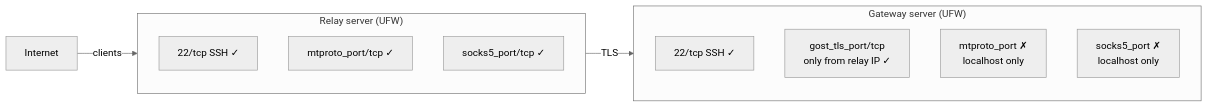
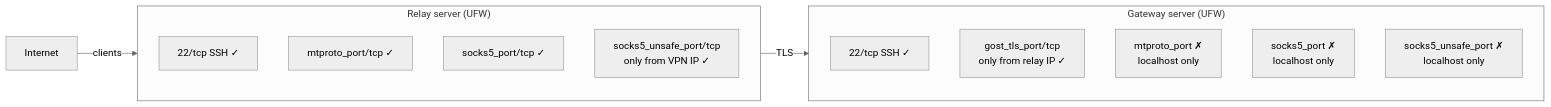
The third of 3 diagrams in README.md (octomation/vpn), drawn with Mermaid (neutral theme) before and after one commit. The commit also changed other lines of this file and 9 other files, not shown here.

````diff
--- a/README.md
+++ b/README.md
@@ -80,20 +85,22 @@
 ```mermaid
 flowchart LR
     subgraph Relay ["Relay server (UFW)"]
         direction TB
         R22["22/tcp SSH ✓"]
         RM["mtproto_port/tcp ✓"]
         RS["socks5_port/tcp ✓"]
+        RU["socks5_unsafe_port/tcp<br/>only from VPN IP ✓"]
     end
 
     subgraph Gateway ["Gateway server (UFW)"]
         direction TB
         B22["22/tcp SSH ✓"]
         BT["gost_tls_port/tcp<br/>only from relay IP ✓"]
         BM["mtproto_port ✗<br/>localhost only"]
         BS["socks5_port ✗<br/>localhost only"]
+        BU["socks5_unsafe_port ✗<br/>localhost only"]
     end
 
     Internet -- "clients" --> Relay
     Relay -- "TLS" --> BT
 ```
````
